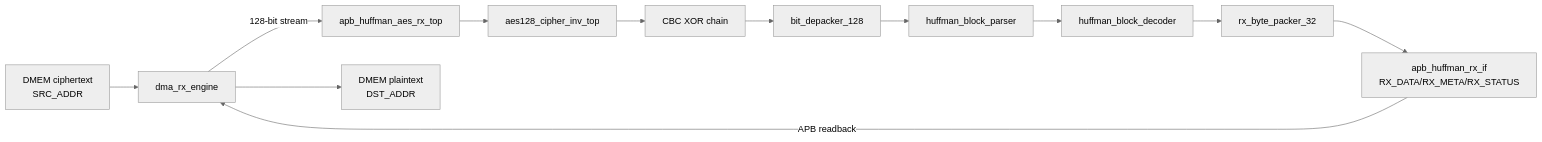
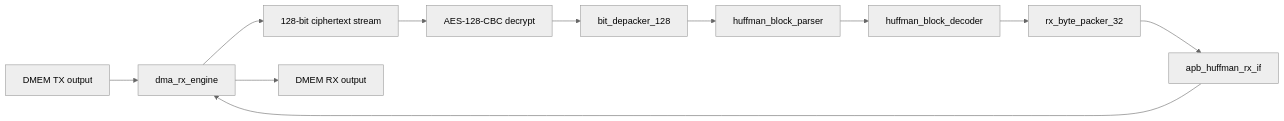
Before and after one commit to ngoquocan139/AES_huffman_all6: the third of 3 diagrams in docs/00_current_system_spec.md, drawn with Mermaid (neutral theme). The commit also changed other lines of this file and 273 other files, not shown here.

````diff
--- a/docs/00_current_system_spec.md
+++ b/docs/00_current_system_spec.md
@@ -246,14 +217,13 @@
 ```mermaid
 flowchart LR
-  SRC["DMEM ciphertext\nSRC_ADDR"] --> RXDMA["dma_rx_engine"]
-  RXDMA -->|"128-bit stream"| RXTOP["apb_huffman_aes_rx_top"]
-  RXTOP --> AESD["aes128_cipher_inv_top"]
-  AESD --> CBC["CBC XOR chain"]
-  CBC --> DEP["bit_depacker_128"]
-  DEP --> PAR["huffman_block_parser"]
-  PAR --> DEC["huffman_block_decoder"]
-  DEC --> PK["rx_byte_packer_32"]
-  PK --> APB["apb_huffman_rx_if\nRX_DATA/RX_META/RX_STATUS"]
-  APB -->|"APB readback"| RXDMA
-  RXDMA --> DST["DMEM plaintext\nDST_ADDR"]
+  CT["DMEM TX output"] --> RXDMA["dma_rx_engine"]
+  RXDMA --> STRM["128-bit ciphertext stream"]
+  STRM --> AESI["AES-128-CBC decrypt"]
+  AESI --> DEP["bit_depacker_128"]
+  DEP --> PARSER["huffman_block_parser"]
+  PARSER --> DEC["huffman_block_decoder"]
+  DEC --> PACK32["rx_byte_packer_32"]
+  PACK32 --> IF["apb_huffman_rx_if"]
+  IF --> RXDMA
+  RXDMA --> OUT["DMEM RX output"]
 ```
````
